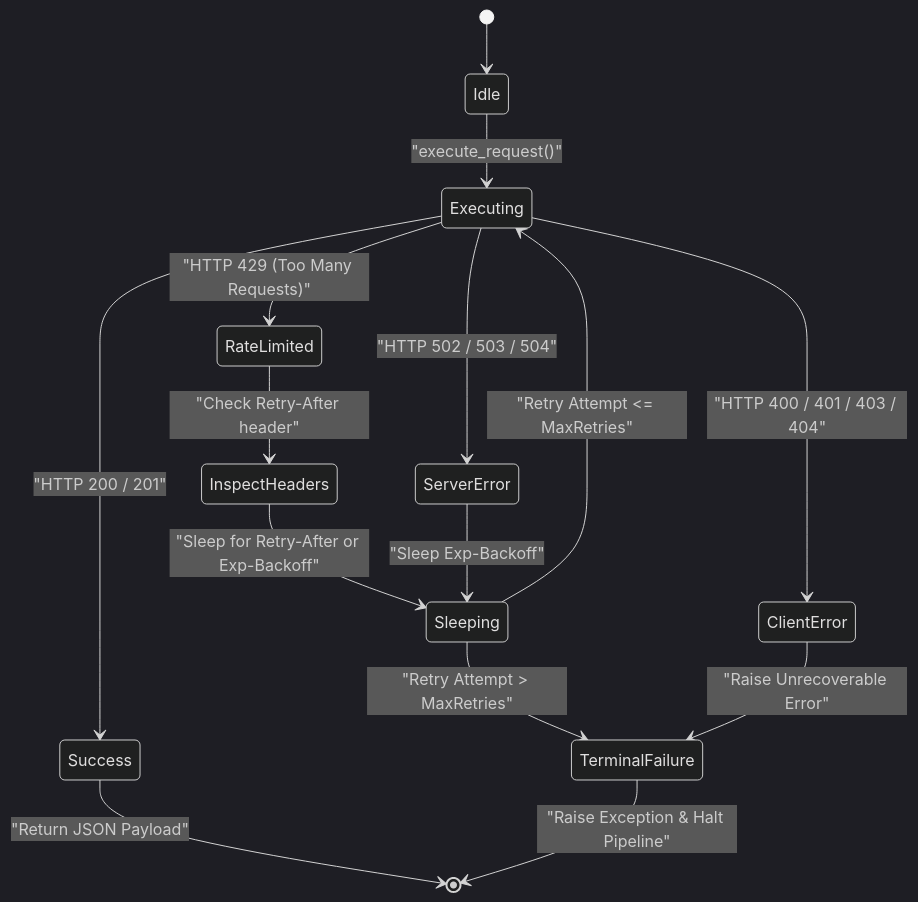
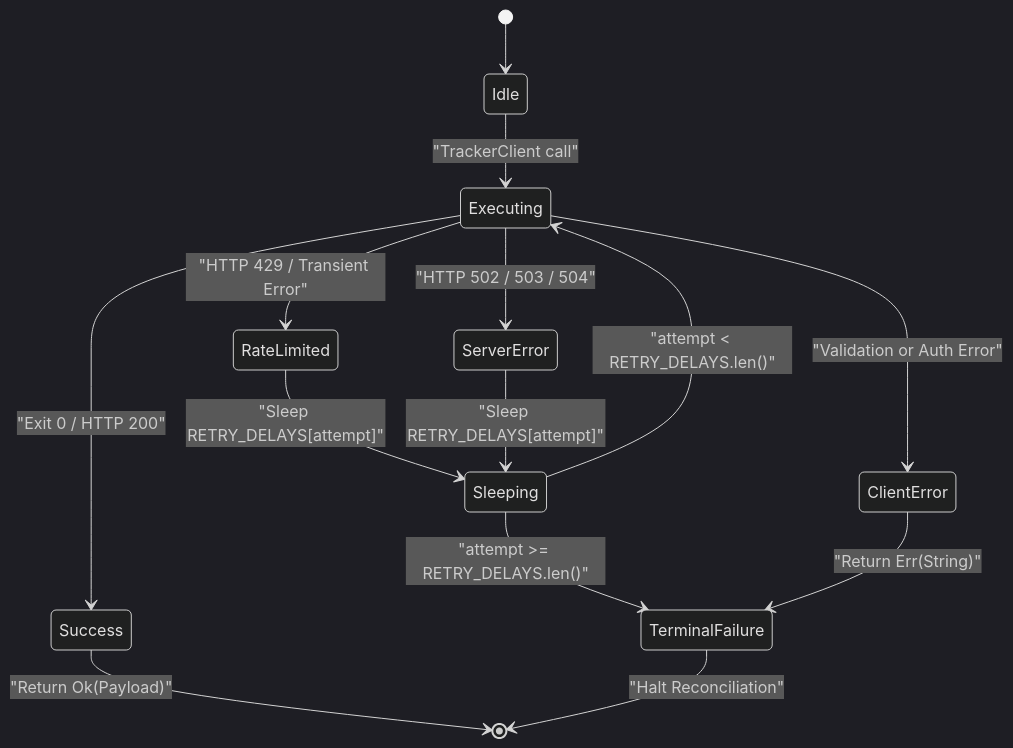
One commit to gintatkinson/DEAP01-spec-core changed the seventh of 19 diagrams in docs/architecture/blueprints/MULTI_PROVIDER_GITLAB_INFRASTRUCTURE_ARCHITECTURE.md. Above: the diagram before and after it, drawn with Mermaid (dark theme). The commit also changed other lines of this file and 28 other files, not shown here.

````diff
--- a/docs/architecture/blueprints/MULTI_PROVIDER_GITLAB_INFRASTRUCTURE_ARCHITECTURE.md
+++ b/docs/architecture/blueprints/MULTI_PROVIDER_GITLAB_INFRASTRUCTURE_ARCHITECTURE.md
@@ -651,20 +581,19 @@
 ```mermaid
 stateDiagram-v2
     [*] --> Idle
-    Idle --> Executing : "execute_request()"
-    Executing --> Success : "HTTP 200 / 201"
-    Executing --> RateLimited : "HTTP 429 (Too Many Requests)"
+    Idle --> Executing : "TrackerClient call"
+    Executing --> Success : "Exit 0 / HTTP 200"
+    Executing --> RateLimited : "HTTP 429 / Transient Error"
     Executing --> ServerError : "HTTP 502 / 503 / 504"
-    Executing --> ClientError : "HTTP 400 / 401 / 403 / 404"
+    Executing --> ClientError : "Validation or Auth Error"
 
-    RateLimited --> InspectHeaders : "Check Retry-After header"
-    InspectHeaders --> Sleeping : "Sleep for Retry-After or Exp-Backoff"
-    ServerError --> Sleeping : "Sleep Exp-Backoff"
-    
-    Sleeping --> Executing : "Retry Attempt <= MaxRetries"
-    Sleeping --> TerminalFailure : "Retry Attempt > MaxRetries"
+    RateLimited --> Sleeping : "Sleep RETRY_DELAYS[attempt]"
+    ServerError --> Sleeping : "Sleep RETRY_DELAYS[attempt]"
 
-    ClientError --> TerminalFailure : "Raise Unrecoverable Error"
-    Success --> [*] : "Return JSON Payload"
-    TerminalFailure --> [*] : "Raise Exception & Halt Pipeline"
+    Sleeping --> Executing : "attempt < RETRY_DELAYS.len()"
+    Sleeping --> TerminalFailure : "attempt >= RETRY_DELAYS.len()"
+
+    ClientError --> TerminalFailure : "Return Err(String)"
+    Success --> [*] : "Return Ok(Payload)"
+    TerminalFailure --> [*] : "Halt Reconciliation"
 ```
````
